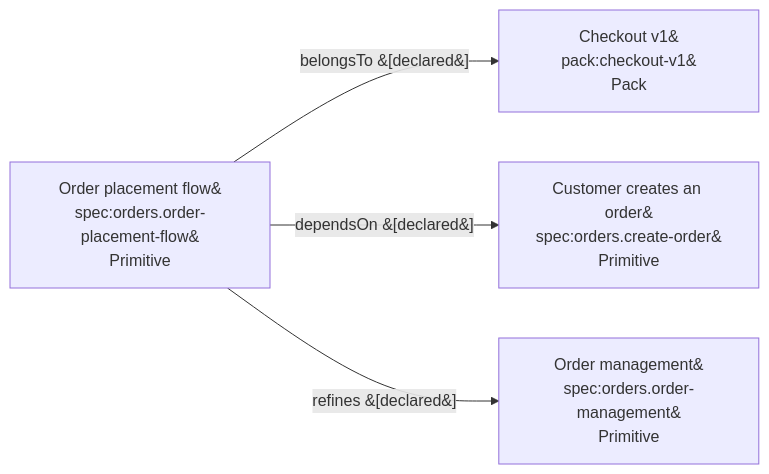
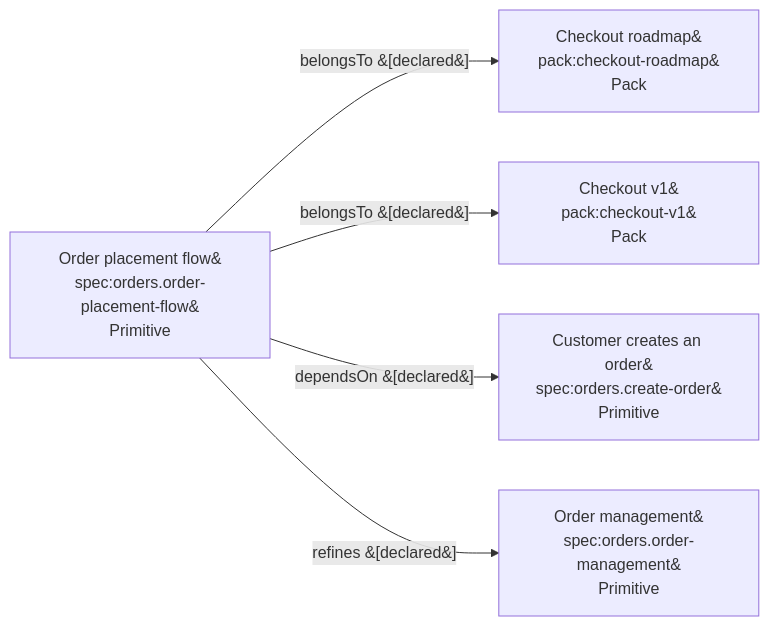
The diagram in test/fixtures/checkout-v1/expected-mermaid/spec/orders.order-placement-flow.md (libar-dev/software-delivery-protocol), drawn with Mermaid before and after one commit. The commit also changed 10 other files, not shown here.

First line of the commit message:
test: account for the adopter roadmap in checkout projections

````diff
--- a/test/fixtures/checkout-v1/expected-mermaid/spec/orders.order-placement-flow.md
+++ b/test/fixtures/checkout-v1/expected-mermaid/spec/orders.order-placement-flow.md
@@ -3,10 +3,12 @@
 ```mermaid
 flowchart LR
+  n_007000610063006b003a0063006800650063006b006f00750074002d0072006f00610064006d00610070["Checkout roadmap&#10;pack:checkout-roadmap&#10;Pack"]
   n_007000610063006b003a0063006800650063006b006f00750074002d00760031["Checkout v1&#10;pack:checkout-v1&#10;Pack"]
   n_0073007000650063003a006f00720064006500720073002e006300720065006100740065002d006f0072006400650072["Customer creates an order&#10;spec:orders.create-order&#10;Primitive"]
   n_0073007000650063003a006f00720064006500720073002e006f0072006400650072002d006d0061006e006100670065006d0065006e0074["Order management&#10;spec:orders.order-management&#10;Primitive"]
   n_0073007000650063003a006f00720064006500720073002e006f0072006400650072002d0070006c006100630065006d0065006e0074002d0066006c006f0077["Order placement flow&#10;spec:orders.order-placement-flow&#10;Primitive"]
+  n_0073007000650063003a006f00720064006500720073002e006f0072006400650072002d0070006c006100630065006d0065006e0074002d0066006c006f0077 -->|"belongsTo &#91;declared&#93;"| n_007000610063006b003a0063006800650063006b006f00750074002d0072006f00610064006d00610070
   n_0073007000650063003a006f00720064006500720073002e006f0072006400650072002d0070006c006100630065006d0065006e0074002d0066006c006f0077 -->|"belongsTo &#91;declared&#93;"| n_007000610063006b003a0063006800650063006b006f00750074002d00760031
   n_0073007000650063003a006f00720064006500720073002e006f0072006400650072002d0070006c006100630065006d0065006e0074002d0066006c006f0077 -->|"dependsOn &#91;declared&#93;"| n_0073007000650063003a006f00720064006500720073002e006300720065006100740065002d006f0072006400650072
   n_0073007000650063003a006f00720064006500720073002e006f0072006400650072002d0070006c006100630065006d0065006e0074002d0066006c006f0077 -->|"refines &#91;declared&#93;"| n_0073007000650063003a006f00720064006500720073002e006f0072006400650072002d006d0061006e006100670065006d0065006e0074
 ```
````
